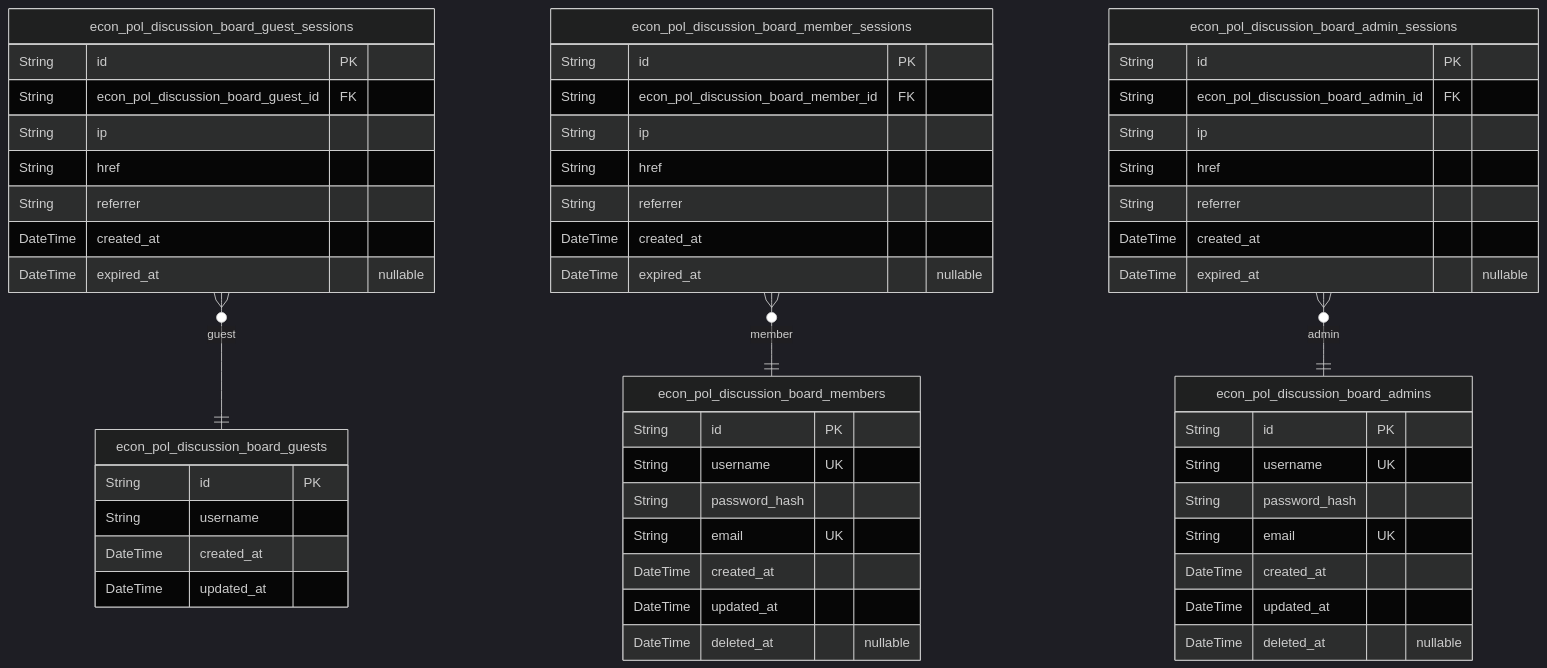
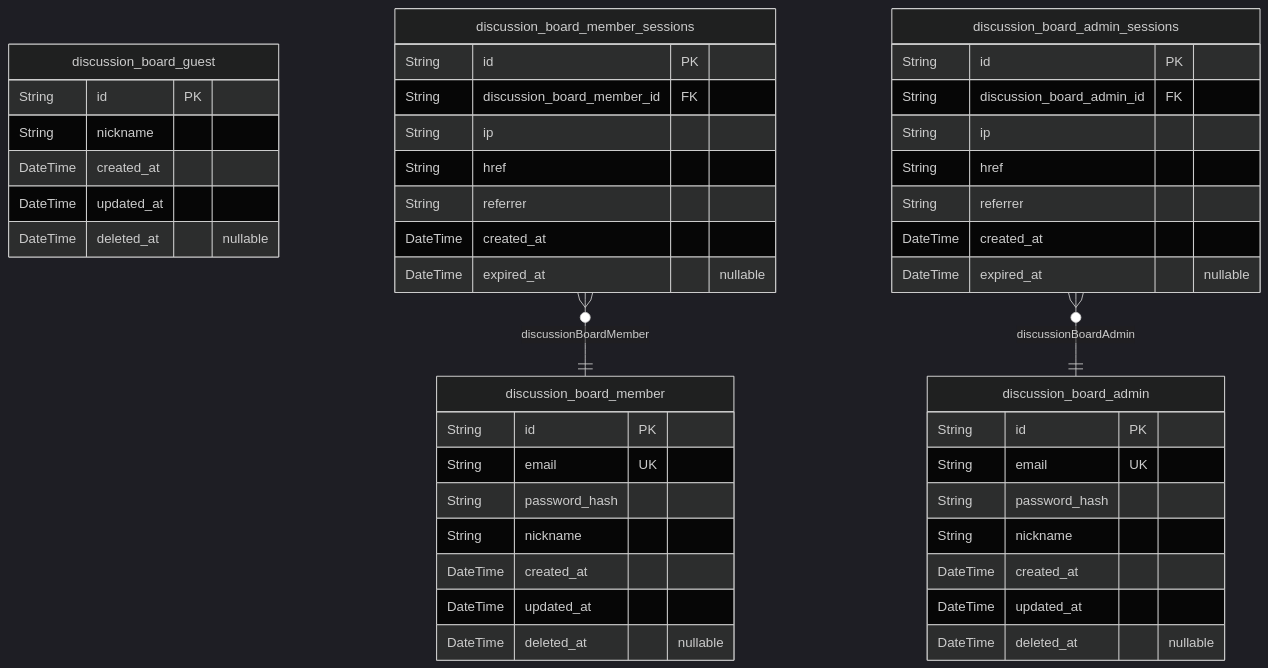
Before and after one commit to wrtnlabs/autobe-examples: the first of 4 diagrams in openai/gpt-4.1-mini/bbs/docs/ERD.md, drawn with Mermaid (dark theme). The commit also changed other lines of this file and 3569 other files, not shown here.

````diff
--- a/openai/gpt-4.1-mini/bbs/docs/ERD.md
+++ b/openai/gpt-4.1-mini/bbs/docs/ERD.md
@@ -11,57 +12,48 @@
 ```mermaid
 erDiagram
-"econ_pol_discussion_board_guests" {
+"discussion_board_guest" {
   String id PK
-  String username
+  String nickname
   DateTime created_at
   DateTime updated_at
+  DateTime deleted_at "nullable"
 }
-"econ_pol_discussion_board_guest_sessions" {
+"discussion_board_member" {
   String id PK
-  String econ_pol_discussion_board_guest_id FK
+  String email UK
+  String password_hash
+  String nickname
+  DateTime created_at
+  DateTime updated_at
+  DateTime deleted_at "nullable"
+}
+"discussion_board_member_sessions" {
+  String id PK
+  String discussion_board_member_id FK
   String ip
   String href
   String referrer
   DateTime created_at
   DateTime expired_at "nullable"
 }
-"econ_pol_discussion_board_members" {
+"discussion_board_admin" {
   String id PK
-  String username UK
+  String email UK
   String password_hash
-  String email UK
+  String nickname
   DateTime created_at
   DateTime updated_at
   DateTime deleted_at "nullable"
 }
-"econ_pol_discussion_board_member_sessions" {
+"discussion_board_admin_sessions" {
   String id PK
-  String econ_pol_discussion_board_member_id FK
+  String discussion_board_admin_id FK
   String ip
   String href
   String referrer
   DateTime created_at
   DateTime expired_at "nullable"
 }
-"econ_pol_discussion_board_admins" {
-  String id PK
-  String username UK
-  String password_hash
-  String email UK
-  DateTime created_at
-  DateTime updated_at
-  DateTime deleted_at "nullable"
-}
-"econ_pol_discussion_board_admin_sessions" {
-  String id PK
-  String econ_pol_discussion_board_admin_id FK
-  String ip
-  String href
-  String referrer
-  DateTime created_at
-  DateTime expired_at "nullable"
-}
-"econ_pol_discussion_board_guest_sessions" }o--|| "econ_pol_discussion_board_guests" : guest
-"econ_pol_discussion_board_member_sessions" }o--|| "econ_pol_discussion_board_members" : member
-"econ_pol_discussion_board_admin_sessions" }o--|| "econ_pol_discussion_board_admins" : admin
+"discussion_board_member_sessions" }o--|| "discussion_board_member" : discussionBoardMember
+"discussion_board_admin_sessions" }o--|| "discussion_board_admin" : discussionBoardAdmin
 ```
````
